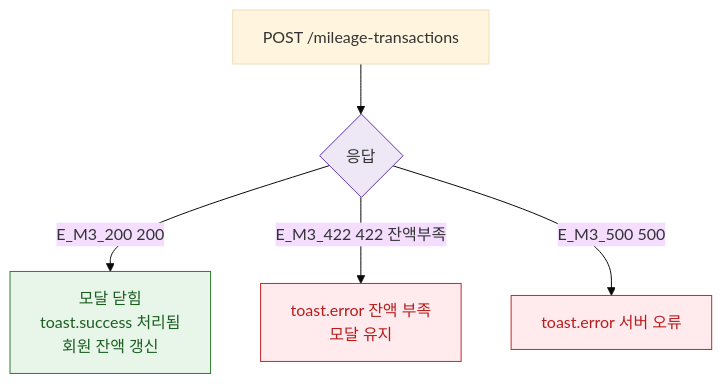
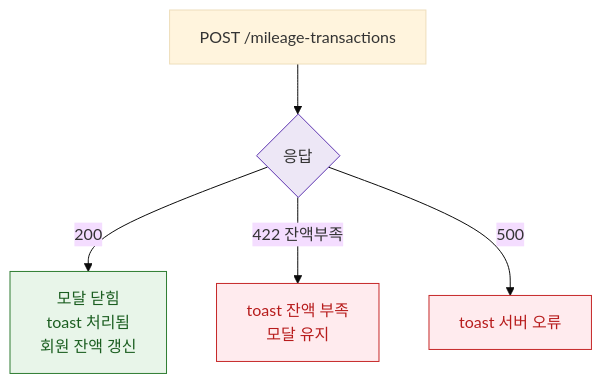
The diagram in docs/다이어그램/D08_마케팅/DLG/DLG-074-002_수동적립차감/M3_결과분기.md (dev-spogym/admin-pando), drawn with Mermaid (base theme) before and after one commit. The commit also changed other lines of this file and 1660 other files, not shown here.

First line of the commit message:
다이어그램: 기획자/클라이언트 납품본으로 정리

````diff
--- a/docs/다이어그램/D08_마케팅/DLG/DLG-074-002_수동적립차감/M3_결과분기.md
+++ b/docs/다이어그램/D08_마케팅/DLG/DLG-074-002_수동적립차감/M3_결과분기.md
@@ -14,15 +12,15 @@
 ```mermaid
 flowchart TD
   API[POST /mileage-transactions] --> RESP{응답}
-  RESP -->|E_M3_200 200| OK[모달 닫힘\ntoast.success 처리됨\n회원 잔액 갱신]
-  RESP -->|E_M3_422 422 잔액부족| ERR_BAL[toast.error 잔액 부족\n모달 유지]
-  RESP -->|E_M3_500 500| ERR_SRV[toast.error 서버 오류]
+  RESP -->|200|OK[모달 닫힘\ntoast 처리됨\n회원 잔액 갱신]
+  RESP -->|422 잔액부족|ERR_BAL[toast 잔액 부족\n모달 유지]
+  RESP -->|500|ERR_SRV[toast 서버 오류]
 
-  classDef success     fill:#E8F5E9,stroke:#2E7D32,color:#1B5E20
-  classDef error       fill:#FFEBEE,stroke:#C62828,color:#B71C1C
-  classDef system      fill:#EDE7F6,stroke:#5E35B2
+  classDef success fill:#E8F5E9,stroke:#2E7D32,color:#1B5E20
+  classDef error fill:#FFEBEE,stroke:#C62828,color:#B71C1C
+  classDef system fill:#EDE7F6,stroke:#5E35B2
 
   class OK success
   class ERR_BAL,ERR_SRV error
   class RESP system
 ```
````
